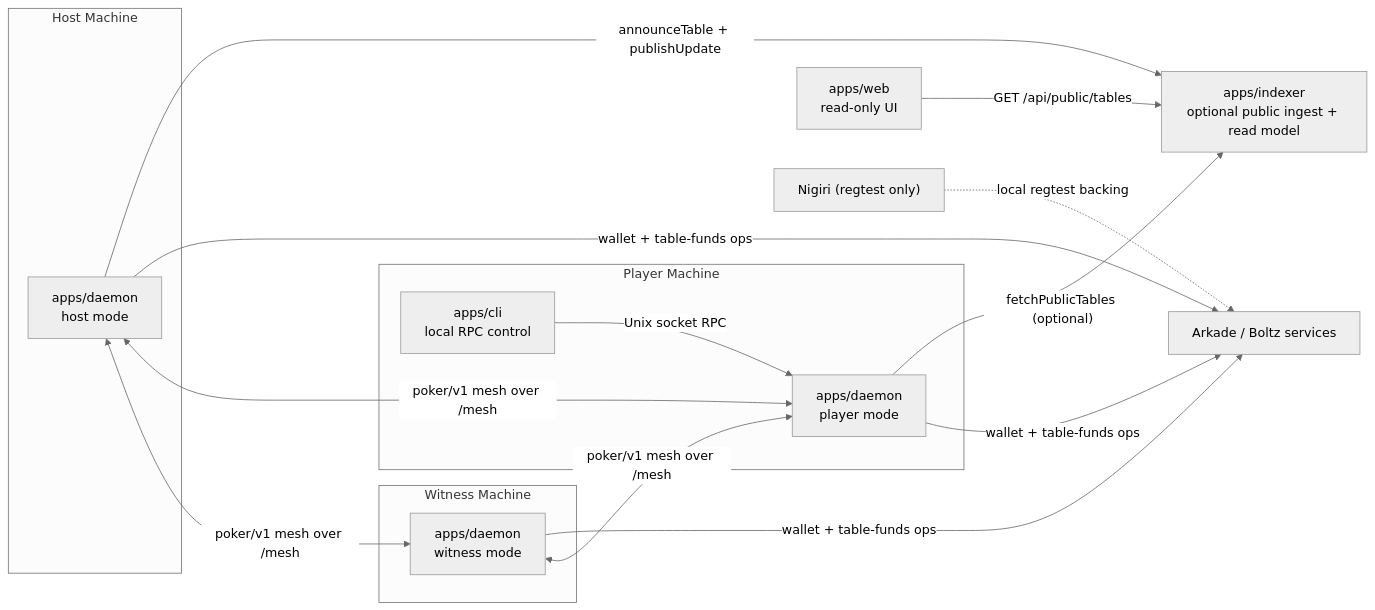
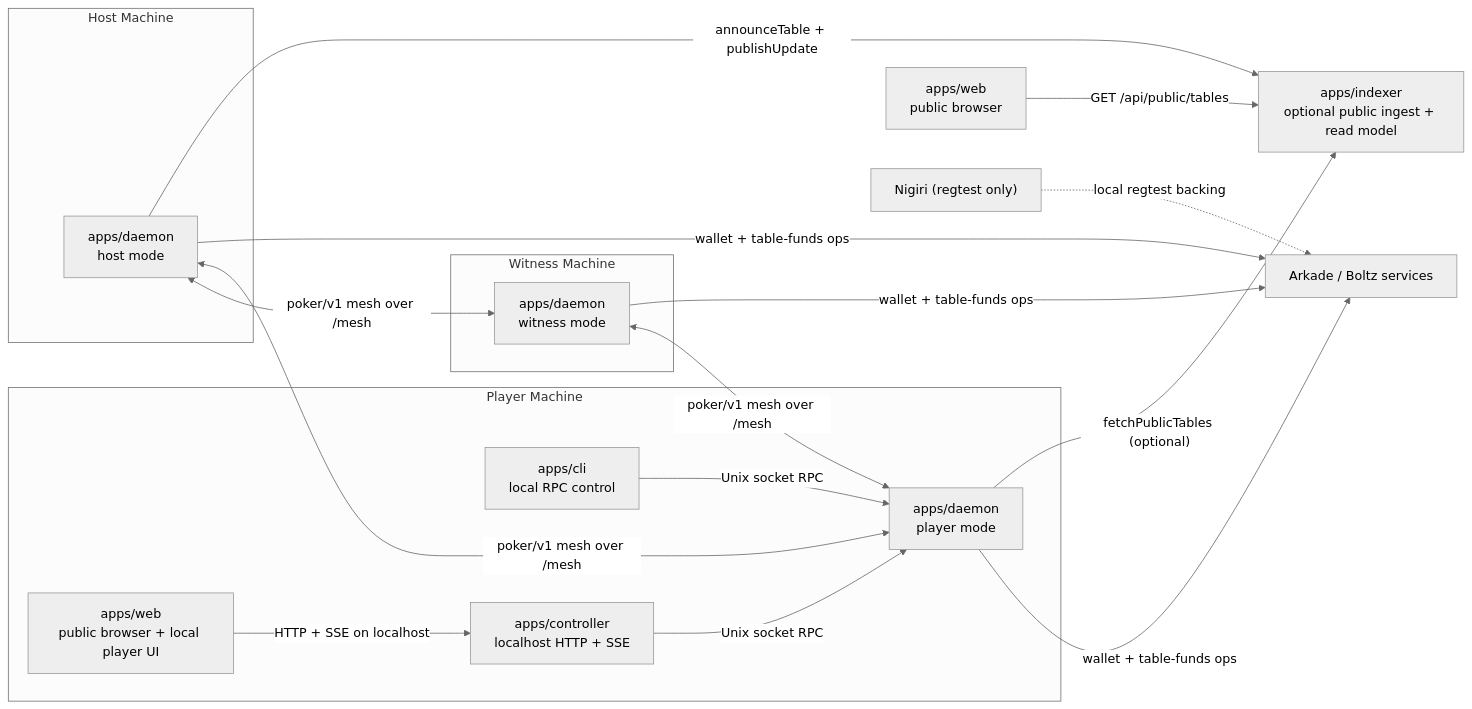
The first of 4 diagrams in docs/architecture.md (parkerpoker/parkerd), drawn with Mermaid (neutral theme) before and after one commit. The commit also changed other lines of this file and 26 other files, not shown here.

Commit message:
Add local controller-backed browser UI flow

````diff
--- a/docs/architecture.md
+++ b/docs/architecture.md
@@ -160,35 +198,39 @@
 ```mermaid
 flowchart LR
   subgraph "Host Machine"
     HostDaemon["apps/daemon<br/>host mode"]
   end
 
   subgraph "Witness Machine"
     WitnessDaemon["apps/daemon<br/>witness mode"]
   end
 
   subgraph "Player Machine"
     PlayerCLI["apps/cli<br/>local RPC control"]
+    Controller["apps/controller<br/>localhost HTTP + SSE"]
+    BrowserUI["apps/web<br/>public browser + local player UI"]
     PlayerDaemon["apps/daemon<br/>player mode"]
     PlayerCLI -->|"Unix socket RPC"| PlayerDaemon
+    Controller -->|"Unix socket RPC"| PlayerDaemon
+    BrowserUI -->|"HTTP + SSE on localhost"| Controller
   end
 
   Indexer["apps/indexer<br/>optional public ingest + read model"]
-  UI["apps/web<br/>read-only UI"]
+  UI["apps/web<br/>public browser"]
   Arkade["Arkade / Boltz services"]
   Nigiri["Nigiri (regtest only)"]
 
   HostDaemon <-->|"poker/v1 mesh over /mesh"| WitnessDaemon
   HostDaemon <-->|"poker/v1 mesh over /mesh"| PlayerDaemon
   WitnessDaemon <-->|"poker/v1 mesh over /mesh"| PlayerDaemon
 
   HostDaemon -->|"wallet + table-funds ops"| Arkade
   WitnessDaemon -->|"wallet + table-funds ops"| Arkade
   PlayerDaemon -->|"wallet + table-funds ops"| Arkade
 
   HostDaemon -->|"announceTable + publishUpdate"| Indexer
   PlayerDaemon -->|"fetchPublicTables (optional)"| Indexer
   UI -->|"GET /api/public/tables"| Indexer
 
   Nigiri -.->|"local regtest backing"| Arkade
 ```
````
